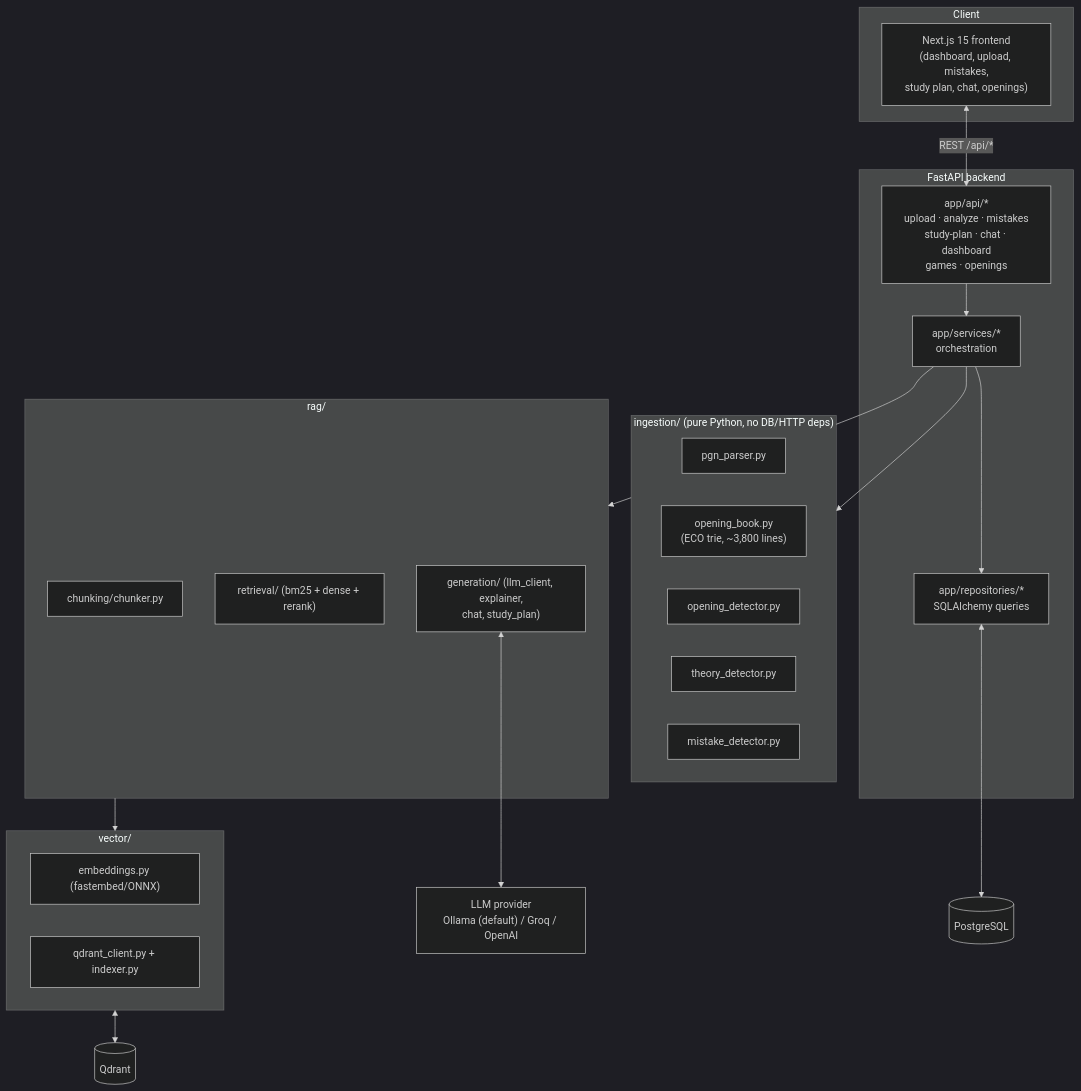
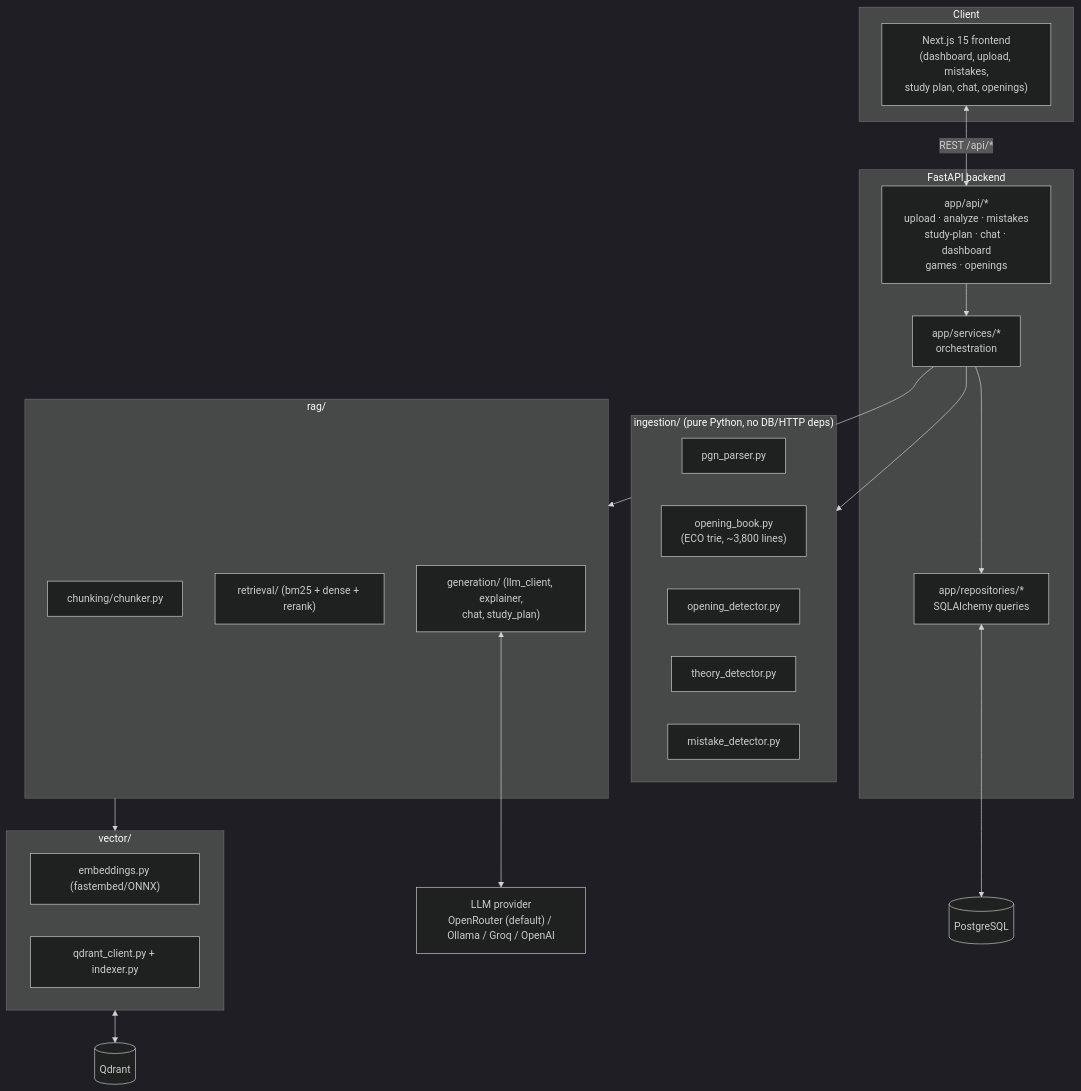
One commit to shaheeransari147-creator/opening-doctor changed the diagram in docs/ARCHITECTURE.md. Above: the diagram before and after it, drawn with Mermaid (dark theme). The commit also changed other lines of this file and 8 other files, not shown here.

First line of the commit message:
Add OpenRouter as default LLM provider (nvidia/nemotron-3-ultra-550b-a55b:free)

````diff
--- a/docs/ARCHITECTURE.md
+++ b/docs/ARCHITECTURE.md
@@ -5,45 +5,45 @@
 ```mermaid
 flowchart TB
     subgraph Client
         FE["Next.js 15 frontend<br/>(dashboard, upload, mistakes,<br/>study plan, chat, openings)"]
     end
 
     subgraph API["FastAPI backend"]
         Routers["app/api/*<br/>upload · analyze · mistakes<br/>study-plan · chat · dashboard<br/>games · openings"]
         Services["app/services/*<br/>orchestration"]
         Repos["app/repositories/*<br/>SQLAlchemy queries"]
     end
 
     subgraph Ingestion["ingestion/ (pure Python, no DB/HTTP deps)"]
         Parser["pgn_parser.py"]
         OpenBook["opening_book.py<br/>(ECO trie, ~3,800 lines)"]
         OpenDet["opening_detector.py"]
         TheoryDet["theory_detector.py"]
         MistakeDet["mistake_detector.py"]
     end
 
     subgraph RAG["rag/"]
         Chunker["chunking/chunker.py"]
         Hybrid["retrieval/ (bm25 + dense + rerank)"]
         Gen["generation/ (llm_client, explainer,<br/>chat, study_plan)"]
     end
 
     subgraph Vector["vector/"]
         Embed["embeddings.py (fastembed/ONNX)"]
         Qdrant["qdrant_client.py + indexer.py"]
     end
 
     DB[(PostgreSQL)]
     QdrantDB[(Qdrant)]
-    LLM["LLM provider<br/>Ollama (default) / Groq / OpenAI"]
+    LLM["LLM provider<br/>OpenRouter (default) / Ollama / Groq / OpenAI"]
 
     FE <-->|REST /api/*| Routers
     Routers --> Services
     Services --> Repos
     Services --> Ingestion
     Services --> RAG
     Repos <--> DB
     RAG --> Vector
     Vector <--> QdrantDB
     Gen <--> LLM
 ```
````
